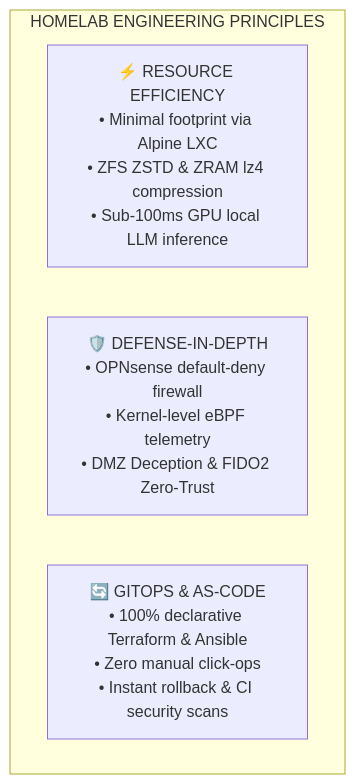
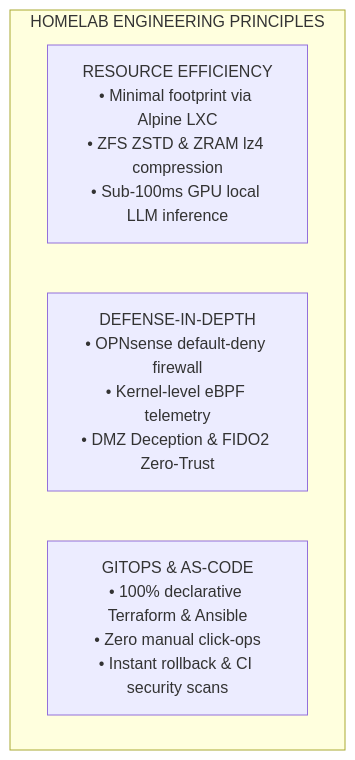
The first of 13 diagrams in README.md (stefanutc1/datacenter), drawn with Mermaid before and after one commit. The commit also changed other lines of this file and 7 other files, not shown here.

````diff
--- a/README.md
+++ b/README.md
@@ -60,9 +60,9 @@
 ```mermaid
 flowchart LR
-    subgraph Principles["HOMELAB ENGINEERING PRINCIPLES"]
-        direction LR
-        P1["⚡ RESOURCE EFFICIENCY<br/>• Minimal footprint via Alpine LXC<br/>• ZFS ZSTD & ZRAM lz4 compression<br/>• Sub-100ms GPU local LLM inference"]
-        P2["🛡️ DEFENSE-IN-DEPTH<br/>• OPNsense default-deny firewall<br/>• Kernel-level eBPF telemetry<br/>• DMZ Deception & FIDO2 Zero-Trust"]
-        P3["🔄 GITOPS & AS-CODE<br/>• 100% declarative Terraform & Ansible<br/>• Zero manual click-ops<br/>• Instant rollback & CI security scans"]
-    end
+ subgraph Principles["HOMELAB ENGINEERING PRINCIPLES"]
+ direction LR
+ P1["RESOURCE EFFICIENCY<br/>• Minimal footprint via Alpine LXC<br/>• ZFS ZSTD & ZRAM lz4 compression<br/>• Sub-100ms GPU local LLM inference"]
+ P2["DEFENSE-IN-DEPTH<br/>• OPNsense default-deny firewall<br/>• Kernel-level eBPF telemetry<br/>• DMZ Deception & FIDO2 Zero-Trust"]
+ P3["GITOPS & AS-CODE<br/>• 100% declarative Terraform & Ansible<br/>• Zero manual click-ops<br/>• Instant rollback & CI security scans"]
+ end
 ```
````
